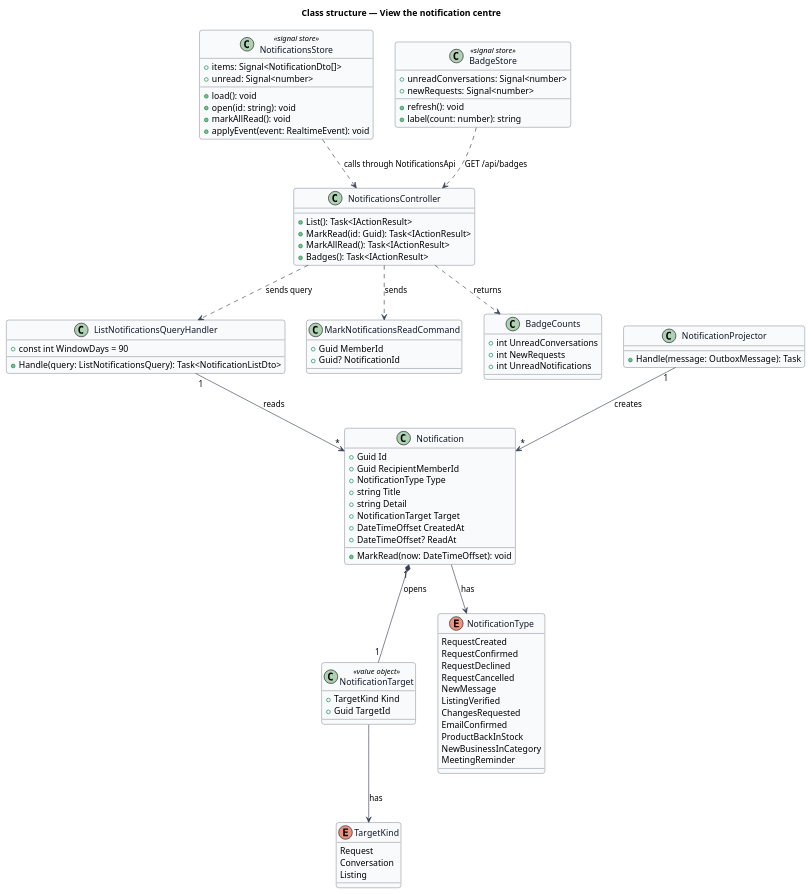
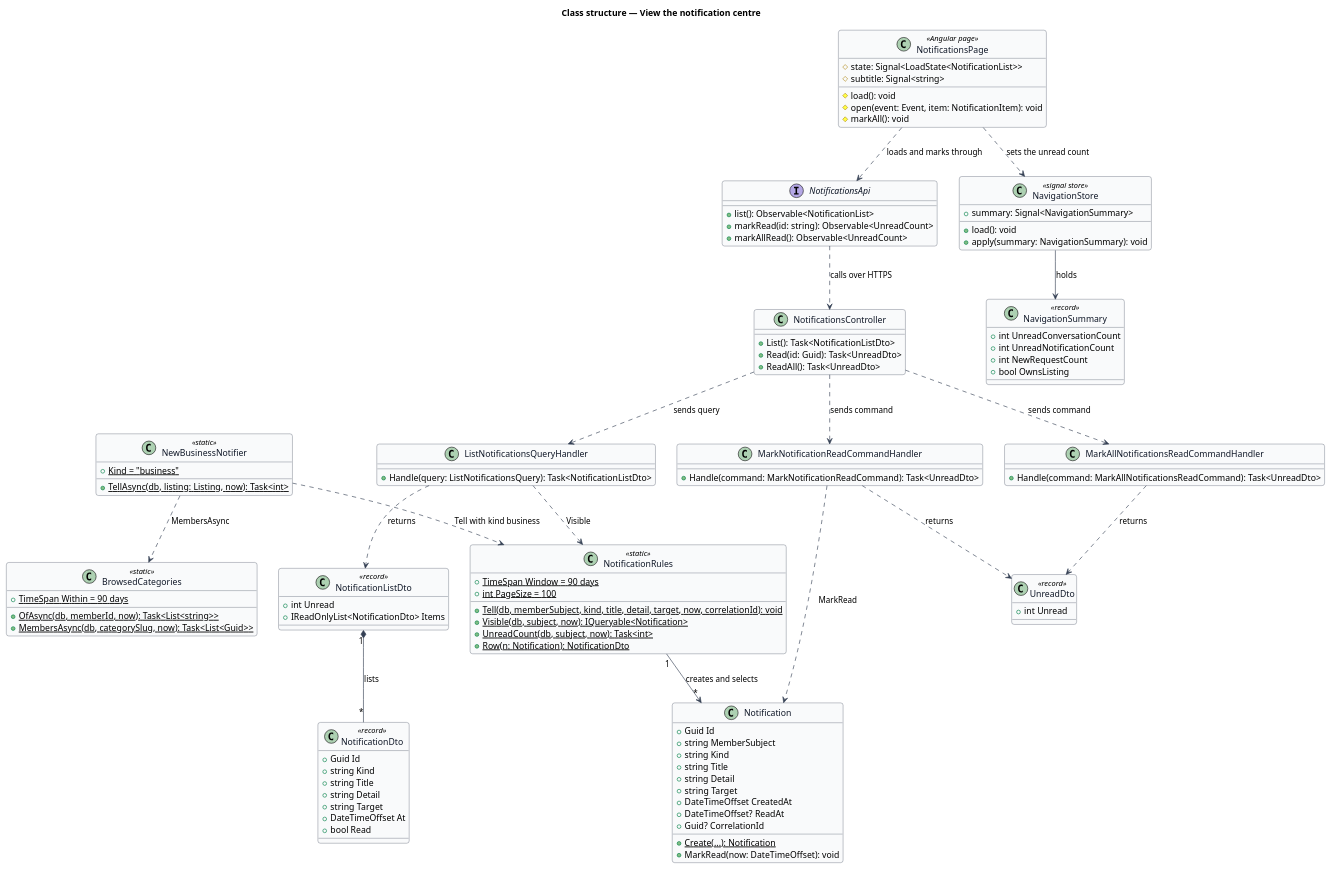
One commit to QuinntyneBrown/jubilee changed the diagram in docs/detailed-designs/notifications/view-notification-centre/diagrams/class-structure.puml. Above: the diagram before and after it, drawn with PlantUML. The commit also changed 81 other files, not shown here.

```diff
--- a/docs/detailed-designs/notifications/view-notification-centre/diagrams/class-structure.puml
+++ b/docs/detailed-designs/notifications/view-notification-centre/diagrams/class-structure.puml
@@ -1,96 +1,116 @@
 @startuml
 ' --- shared skin header ---
 skinparam backgroundColor #FFFFFF
 skinparam shadowing false
 skinparam roundcorner 8
 skinparam defaultFontName Arial
 skinparam ArrowColor #344054
 skinparam class {
   BorderColor #344054
   FontColor #101828
   BackgroundColor #F9FAFB
 }
 ' --------------------------
 title Class structure — View the notification centre
 
-class NotificationsStore <<signal store>> {
-  +items: Signal<NotificationDto[]>
-  +unread: Signal<number>
+class NotificationsPage <<Angular page>> {
+  #state: Signal<LoadState<NotificationList>>
+  #subtitle: Signal<string>
+  #load(): void
+  #open(event: Event, item: NotificationItem): void
+  #markAll(): void
+}
+interface NotificationsApi {
+  +list(): Observable<NotificationList>
+  +markRead(id: string): Observable<UnreadCount>
+  +markAllRead(): Observable<UnreadCount>
+}
+class NavigationStore <<signal store>> {
+  +summary: Signal<NavigationSummary>
   +load(): void
-  +open(id: string): void
-  +markAllRead(): void
-  +applyEvent(event: RealtimeEvent): void
+  +apply(summary: NavigationSummary): void
 }
-class BadgeStore <<signal store>> {
-  +unreadConversations: Signal<number>
-  +newRequests: Signal<number>
-  +refresh(): void
-  +label(count: number): string
+class NavigationSummary <<record>> {
+  +int UnreadConversationCount
+  +int UnreadNotificationCount
+  +int NewRequestCount
+  +bool OwnsListing
 }
 class NotificationsController {
-  +List(): Task<IActionResult>
-  +MarkRead(id: Guid): Task<IActionResult>
-  +MarkAllRead(): Task<IActionResult>
-  +Badges(): Task<IActionResult>
+  +List(): Task<NotificationListDto>
+  +Read(id: Guid): Task<UnreadDto>
+  +ReadAll(): Task<UnreadDto>
+}
+class NotificationRules <<static>> {
+  +{static} TimeSpan Window = 90 days
+  +{static} int PageSize = 100
+  +{static} Tell(db, memberSubject, kind, title, detail, target, now, correlationId): void
+  +{static} Visible(db, subject, now): IQueryable<Notification>
+  +{static} UnreadCount(db, subject, now): Task<int>
+  +{static} Row(n: Notification): NotificationDto
 }
 class ListNotificationsQueryHandler {
-  +const int WindowDays = 90
   +Handle(query: ListNotificationsQuery): Task<NotificationListDto>
 }
-class MarkNotificationsReadCommand {
-  +Guid MemberId
-  +Guid? NotificationId
+class MarkNotificationReadCommandHandler {
+  +Handle(command: MarkNotificationReadCommand): Task<UnreadDto>
 }
-class BadgeCounts {
-  +int UnreadConversations
-  +int NewRequests
-  +int UnreadNotifications
+class MarkAllNotificationsReadCommandHandler {
+  +Handle(command: MarkAllNotificationsReadCommand): Task<UnreadDto>
+}
+class NotificationListDto <<record>> {
+  +int Unread
+  +IReadOnlyList<NotificationDto> Items
+}
+class NotificationDto <<record>> {
+  +Guid Id
+  +string Kind
+  +string Title
+  +string Detail
+  +string Target
+  +DateTimeOffset At
+  +bool Read
+}
+class UnreadDto <<record>> {
+  +int Unread
 }
 class Notification {
   +Guid Id
-  +Guid RecipientMemberId
-  +NotificationType Type
+  +string MemberSubject
+  +string Kind
   +string Title
   +string Detail
-  +NotificationTarget Target
+  +string Target
   +DateTimeOffset CreatedAt
   +DateTimeOffset? ReadAt
+  +Guid? CorrelationId
+  +{static} Create(...): Notification
   +MarkRead(now: DateTimeOffset): void
 }
-class NotificationTarget <<value object>> {
-  +TargetKind Kind
-  +Guid TargetId
+class NewBusinessNotifier <<static>> {
+  +{static} Kind = "business"
+  +{static} TellAsync(db, listing: Listing, now): Task<int>
 }
-enum TargetKind {
-  Request
-  Conversation
-  Listing
-}
-enum NotificationType {
-  RequestCreated
-  RequestConfirmed
-  RequestDeclined
-  RequestCancelled
-  NewMessage
-  ListingVerified
-  ChangesRequested
-  EmailConfirmed
-  ProductBackInStock
-  NewBusinessInCategory
-  MeetingReminder
-}
-class NotificationProjector {
-  +Handle(message: OutboxMessage): Task
+class BrowsedCategories <<static>> {
+  +{static} TimeSpan Within = 90 days
+  +{static} OfAsync(db, memberId, now): Task<List<string>>
+  +{static} MembersAsync(db, categorySlug, now): Task<List<Guid>>
 }
 
-NotificationsStore ..> NotificationsController : calls through NotificationsApi
-BadgeStore ..> NotificationsController : GET /api/badges
+NotificationsPage ..> NotificationsApi : loads and marks through
+NotificationsPage ..> NavigationStore : sets the unread count
+NavigationStore --> NavigationSummary : holds
+NotificationsApi ..> NotificationsController : calls over HTTPS
 NotificationsController ..> ListNotificationsQueryHandler : sends query
-NotificationsController ..> MarkNotificationsReadCommand : sends
-NotificationsController ..> BadgeCounts : returns
-ListNotificationsQueryHandler "1" --> "*" Notification : reads
-NotificationProjector "1" --> "*" Notification : creates
-Notification --> NotificationType : has
-Notification "1" *-- "1" NotificationTarget : opens
-NotificationTarget --> TargetKind : has
+NotificationsController ..> MarkNotificationReadCommandHandler : sends command
+NotificationsController ..> MarkAllNotificationsReadCommandHandler : sends command
+ListNotificationsQueryHandler ..> NotificationRules : Visible
+ListNotificationsQueryHandler ..> NotificationListDto : returns
+NotificationListDto "1" *-- "*" NotificationDto : lists
+MarkNotificationReadCommandHandler ..> UnreadDto : returns
+MarkAllNotificationsReadCommandHandler ..> UnreadDto : returns
+MarkNotificationReadCommandHandler ..> Notification : MarkRead
+NotificationRules "1" --> "*" Notification : creates and selects
+NewBusinessNotifier ..> NotificationRules : Tell with kind business
+NewBusinessNotifier ..> BrowsedCategories : MembersAsync
 @enduml
```
